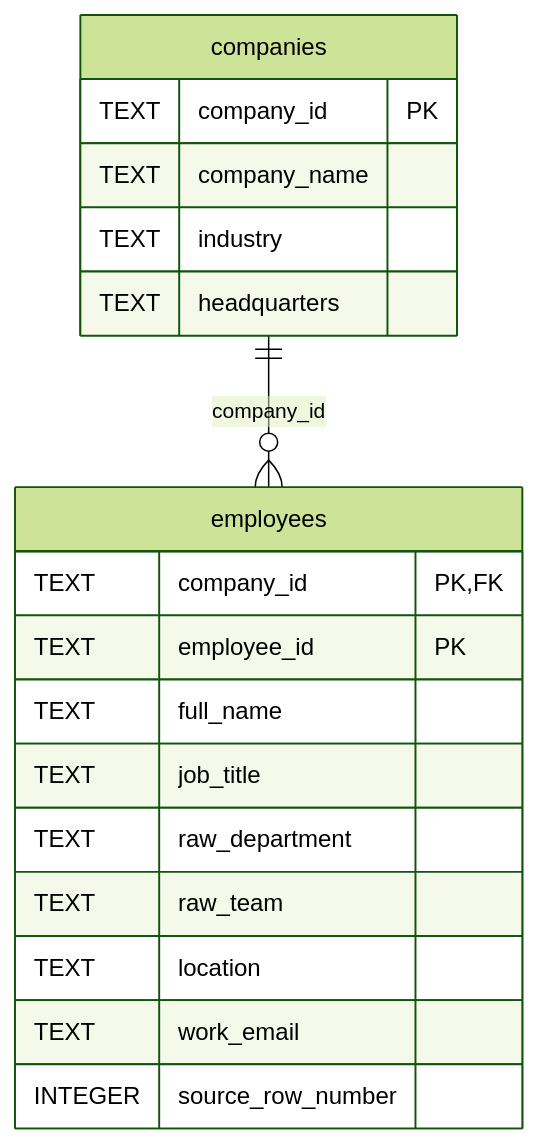
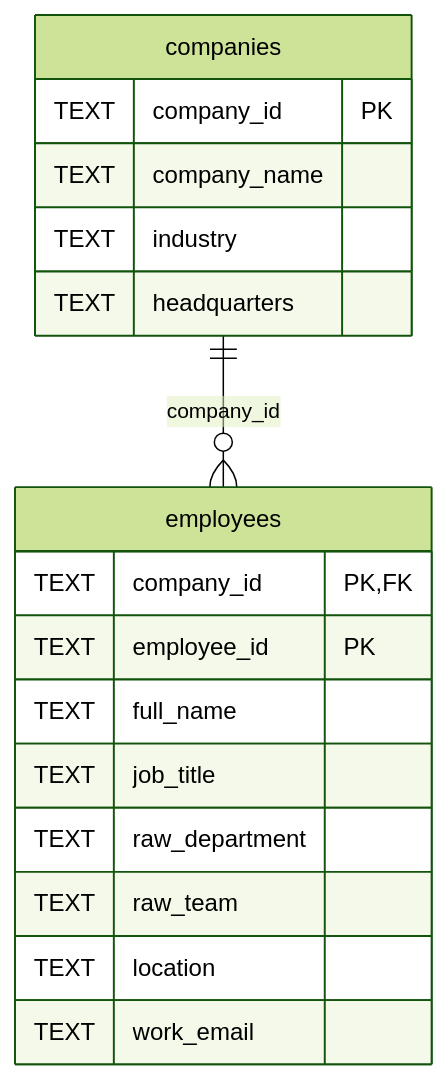
The diagram in public/database-erd.mmd (meet2712/orggraph-python), drawn with Mermaid (forest theme) before and after one commit. The commit also changed 23 other files, not shown here.

Commit message:
Simplify live inference schema and audit fields

```diff
--- a/public/database-erd.mmd
+++ b/public/database-erd.mmd
@@ -1,19 +1,18 @@
 erDiagram
     companies {
         TEXT company_id PK
         TEXT company_name
         TEXT industry
         TEXT headquarters
     }
     employees {
         TEXT company_id PK,FK
         TEXT employee_id PK
         TEXT full_name
         TEXT job_title
         TEXT raw_department
         TEXT raw_team
         TEXT location
         TEXT work_email
-        INTEGER source_row_number
     }
     companies ||--o{ employees : company_id
```
